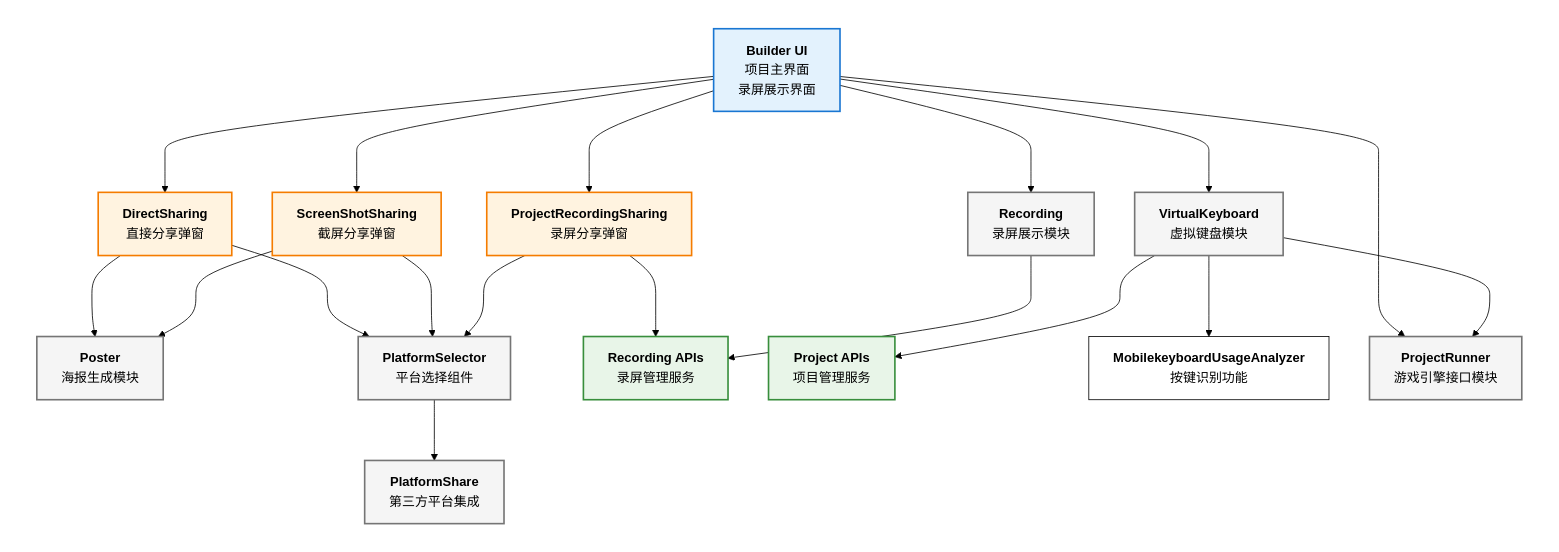
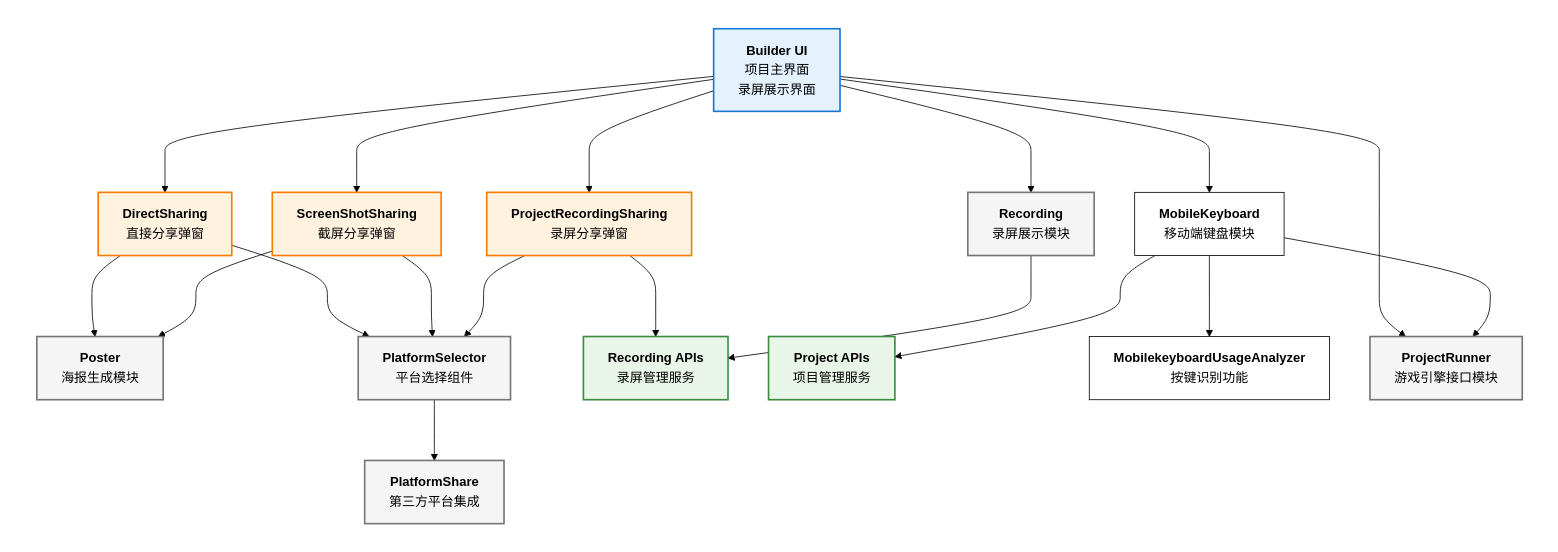
The diagram in docs/develop/share/index.md (goplus/builder), drawn with Mermaid before and after one commit. The commit also changed other lines of this file, not shown here.

```diff
--- a/docs/develop/share/index.md
+++ b/docs/develop/share/index.md
@@ -100,8 +100,8 @@
 
     %% 功能模块层
     subgraph FunctionLayer["功能模块层"]
-        VirtualKeyboard["`**VirtualKeyboard**
-        虚拟键盘模块`"]
+        MobileKeyboard["`**MobileKeyboard**
+        移动端键盘模块`"]
 
         MobilekeyboardUsageAnalyzer["`**MobilekeyboardUsageAnalyzer**
         按键识别功能`"]
@@ -150,7 +150,7 @@
     end
 
     %% 主要流程连接
-    BuilderUI --> VirtualKeyboard
+    BuilderUI --> MobileKeyboard
     BuilderUI --> ProjectRunner
     BuilderUI --> Recording
     BuilderUI --> DirectSharing
@@ -158,9 +158,9 @@
     BuilderUI --> ProjectRecordingSharing
 
     %% 功能模块间连接
-    VirtualKeyboard --> ProjectRunner
-    VirtualKeyboard --> ProjectAPIs
-    VirtualKeyboard --> MobilekeyboardUsageAnalyzer
+    MobileKeyboard --> ProjectRunner
+    MobileKeyboard --> ProjectAPIs
+    MobileKeyboard --> MobilekeyboardUsageAnalyzer
 
     %% 分享流程连接
     DirectSharing --> PlatformSelector
```
